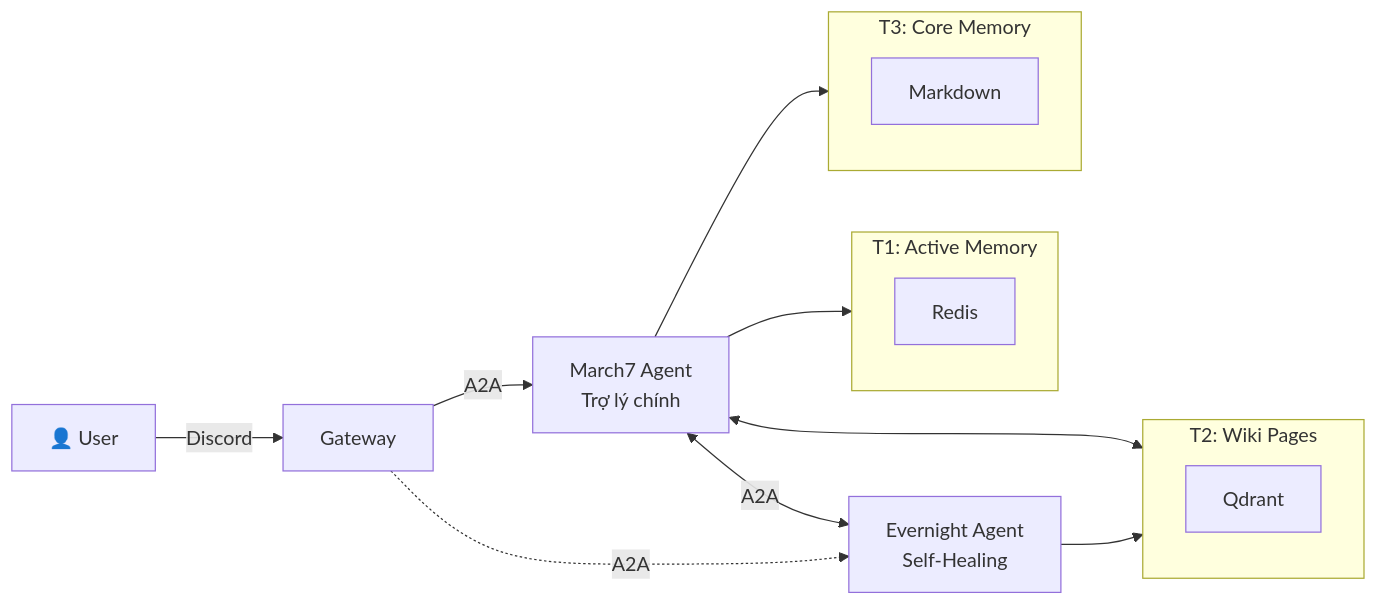
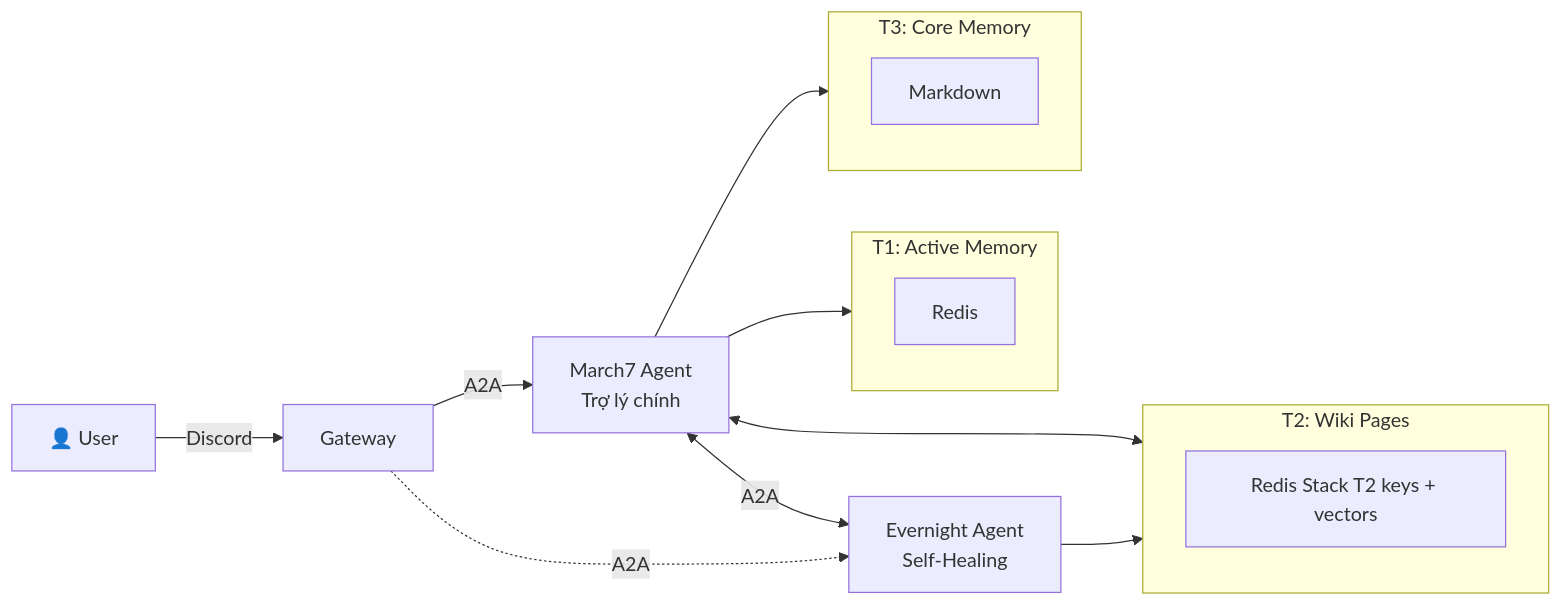
Before and after one commit to Flowerf19/Harness_agent: the diagram in README.MD, drawn with Mermaid. The commit also changed other lines of this file and 54 other files, not shown here.

````diff
--- a/README.MD
+++ b/README.MD
@@ -36,24 +36,24 @@
 ```mermaid
 flowchart LR
     User["👤 User"] -->|"Discord"| GW["Gateway"]
     GW -->|"A2A"| M7["March7 Agent<br/>Trợ lý chính"]
     GW -.->|"A2A"| EV["Evernight Agent<br/>Self-Healing"]
     M7 <-->|"A2A"| EV
 
     subgraph T1["T1: Active Memory"]
         R["Redis"]
     end
 
     subgraph T2["T2: Wiki Pages"]
-        Q["Qdrant"]
+        Q["Redis Stack T2 keys + vectors"]
     end
 
     subgraph T3["T3: Core Memory"]
         Y["Markdown"]
     end
 
     M7 --> T1
     M7 --> T3
     EV --> T2
     M7 <--> T2
 ```
````
